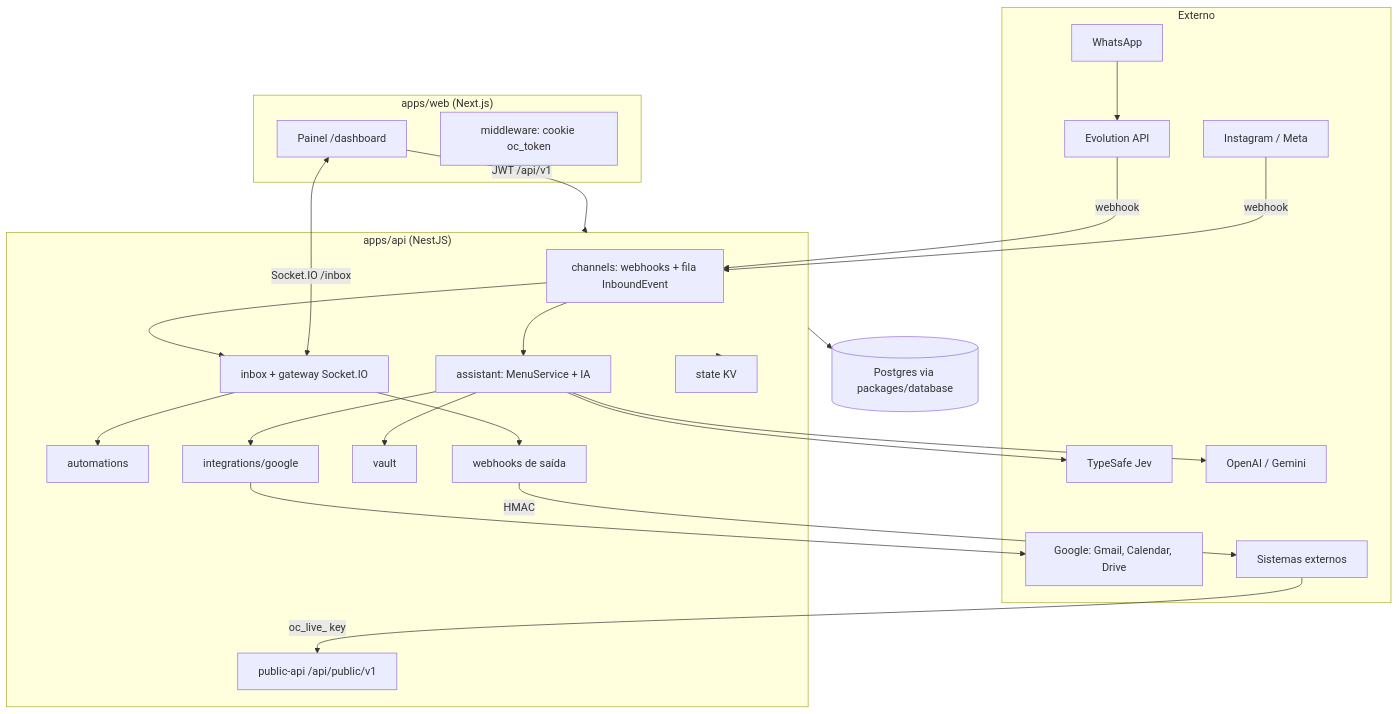
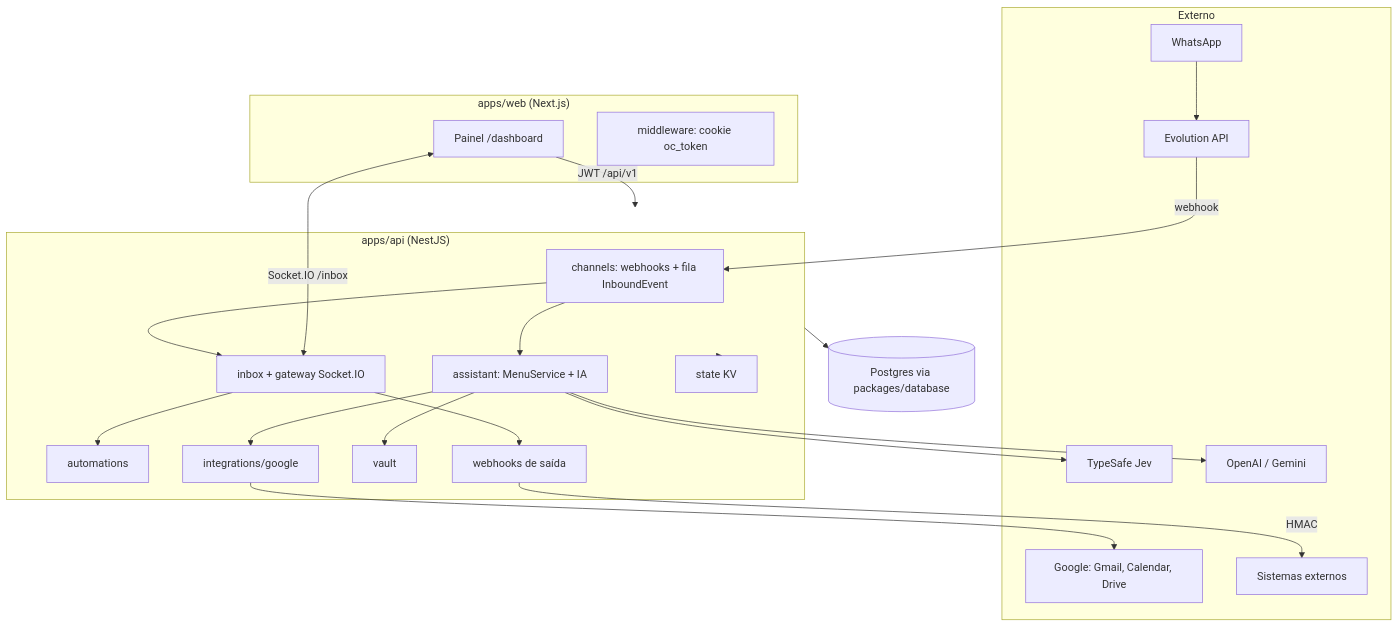
Before and after one commit to alexsobralifce/openclaw: the first of 2 diagrams in docs/CODEBASE_MAP.md, drawn with Mermaid. The commit also changed other lines of this file and 32 other files, not shown here.

First line of the commit message:
refactor: remove a API pública (chaves, /api/public/v1), os relatos de bug e as telas ligadas

````diff
--- a/docs/CODEBASE_MAP.md
+++ b/docs/CODEBASE_MAP.md
@@ -16,44 +16,40 @@
 ```mermaid
 graph TB
     subgraph Externo
         WA[WhatsApp] --> EVO[Evolution API]
-        IG[Instagram / Meta]
         GOOG[Google: Gmail, Calendar, Drive]
         TS[TypeSafe Jev]
         OAI[OpenAI / Gemini]
         EXT[Sistemas externos]
     end
     subgraph Web["apps/web (Next.js)"]
         UI[Painel /dashboard]
         MW[middleware: cookie oc_token]
     end
     subgraph API["apps/api (NestJS)"]
         CH[channels: webhooks + fila InboundEvent]
         AS[assistant: MenuService + IA]
         INB[inbox + gateway Socket.IO]
         AUT[automations]
         WH[webhooks de saída]
-        PUB[public-api /api/public/v1]
         VLT[vault]
         GS[integrations/google]
         ST[state KV]
     end
     DB[(Postgres via packages/database)]
     EVO -->|webhook| CH
-    IG -->|webhook| CH
     CH --> AS
     CH --> INB
     AS --> GS
     AS --> VLT
     AS --> TS
     AS --> OAI
     GS --> GOOG
     INB --> AUT
     INB --> WH
     UI -->|JWT /api/v1| API
     UI <-->|Socket.IO /inbox| INB
-    EXT -->|oc_live_ key| PUB
     WH -->|HMAC| EXT
     API --> DB
     API --> ST
 ```
````
